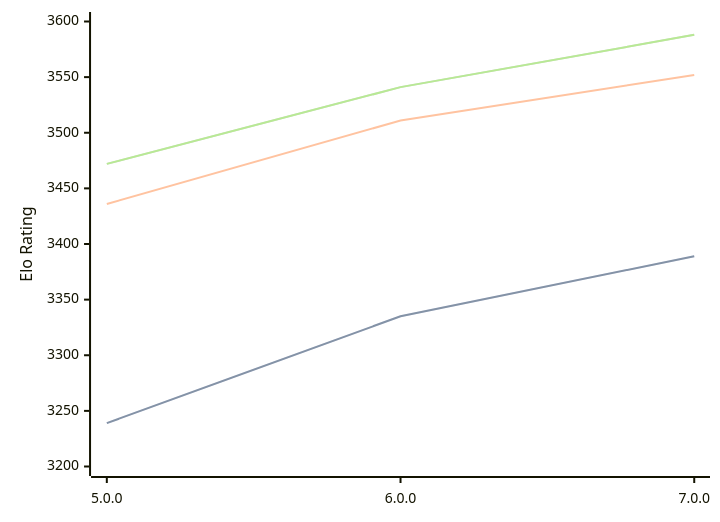
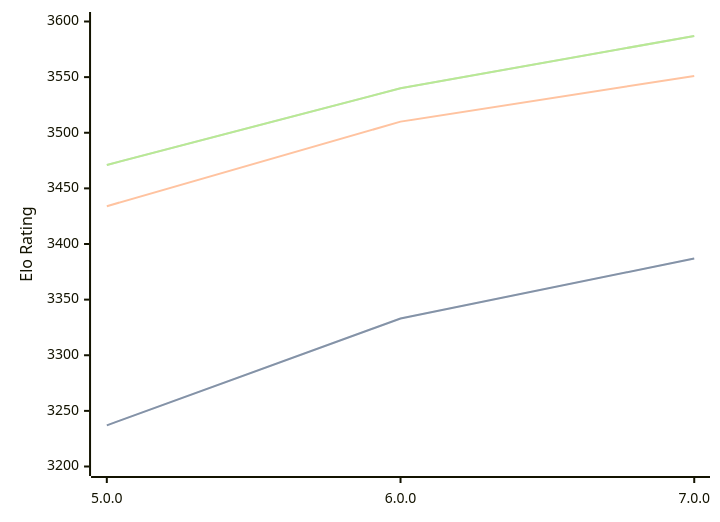
The diagram in engines/Stormphrax.md (computer-chess-index/cci), drawn with Mermaid before and after one commit. The commit also changed other lines of this file, not shown here.

Commit message:
Update CCI Ratings (ELO VLTC) - 2026-04-26

````diff
--- a/engines/Stormphrax.md
+++ b/engines/Stormphrax.md
@@ -38,11 +38,11 @@
 ```mermaid
 %%{init: {"theme":"base","themeVariables":{"seriesColors:['#a3a3a3','#222221','#faa371']}}}%%
 xychart-beta
   x-axis ["5.0.0", "6.0.0", "7.0.0"]
   y-axis "Elo Rating" 3200 --> 3600
-  line "STC (8.0+0.08s)" [3239, 3335, 3389]
-  line "STC (8.0+0.08s)" [3239, 3335, 3389]
-  line "LTC (60.0+0.60s)" [3436, 3511, 3552]
-  line "VLTC (2m24s+1.12s)" [3472, 3541, 3588]
-  line "VLTC (2m24s+1.12s)" [3472, 3541, 3588]
+  line "STC (8.0+0.08s)" [3237, 3333, 3387]
+  line "STC (8.0+0.08s)" [3237, 3333, 3387]
+  line "LTC (60.0+0.60s)" [3434, 3510, 3551]
+  line "VLTC (2m24s+1.12s)" [3471, 3540, 3587]
+  line "VLTC (2m24s+1.12s)" [3471, 3540, 3587]
 ```
````
